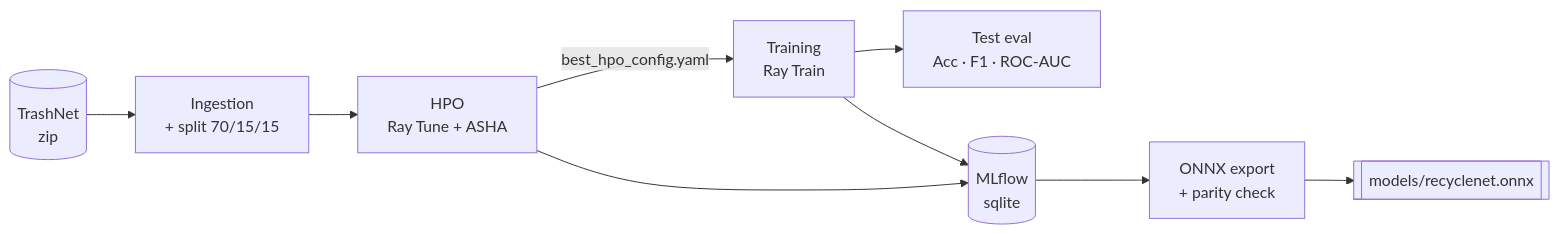
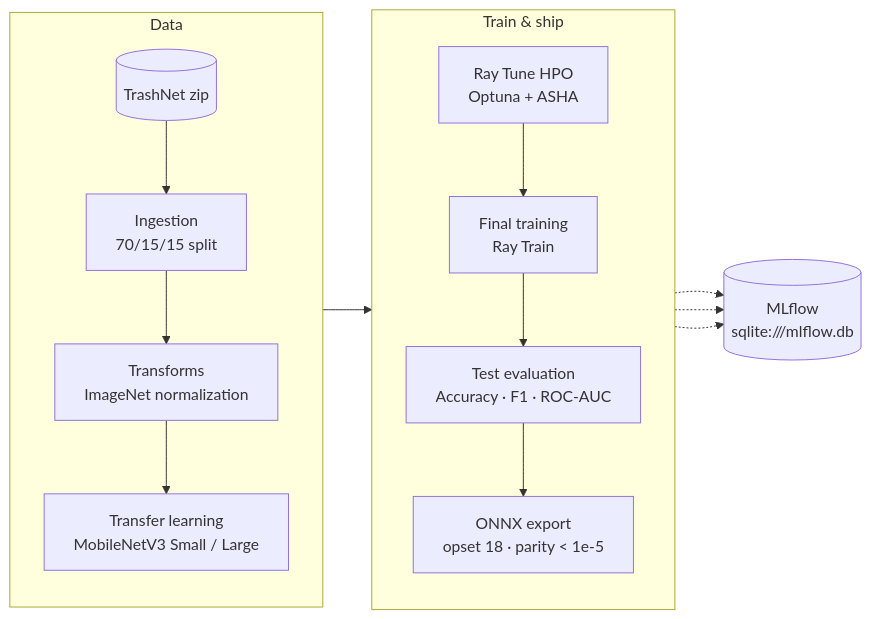
The first of 4 diagrams in README.md (PilotLeoYan/RecycleNet-K8s), drawn with Mermaid before and after one commit. The commit also changed other lines of this file, not shown here.

First line of the commit message:
docs(readme): rewrite README with phase diagrams and model results (#120)

````diff
--- a/README.md
+++ b/README.md
@@ -22,11 +45,17 @@
 ```mermaid
 flowchart LR
-    D[("TrashNet<br/>zip")] --> I[Ingestion<br/>+ split 70/15/15]
-    I --> H["HPO<br/>Ray Tune + ASHA"]
-    H -- "best_hpo_config.yaml" --> T["Training<br/>Ray Train"]
-    T --> E["Test eval<br/>Acc · F1 · ROC-AUC"]
-    T --> M[("MLflow<br/>sqlite")]
-    H --> M
-    M --> X["ONNX export<br/>+ parity check"]
-    X --> O[["models/recyclenet.onnx"]]
+    subgraph DATA["Data"]
+        direction TB
+        RAW[("TrashNet zip")] --> ING["Ingestion<br/>70/15/15 split"]
+        ING --> TF["Transforms<br/>ImageNet normalization"]
+        TF --> TL["Transfer learning<br/>MobileNetV3 Small / Large"]
+    end
+    subgraph MODEL["Train & ship"]
+        direction TB
+        HPO["Ray Tune HPO<br/>Optuna + ASHA"] --> TR["Final training<br/>Ray Train"]
+        TR --> EVAL["Test evaluation<br/>Accuracy · F1 · ROC-AUC"]
+        EVAL --> ONNX["ONNX export<br/>opset 18 · parity < 1e-5"]
+    end
+    TL --> HPO
+    HPO & TR & EVAL -.-> ML[("MLflow<br/>sqlite:///mlflow.db")]
 ```
````
